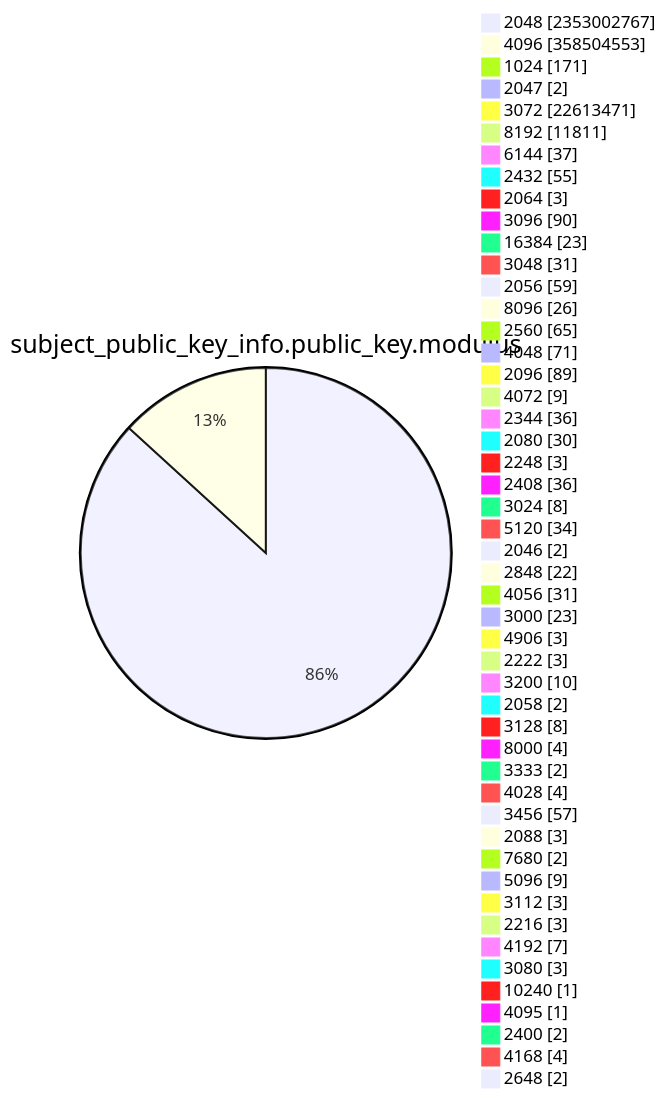
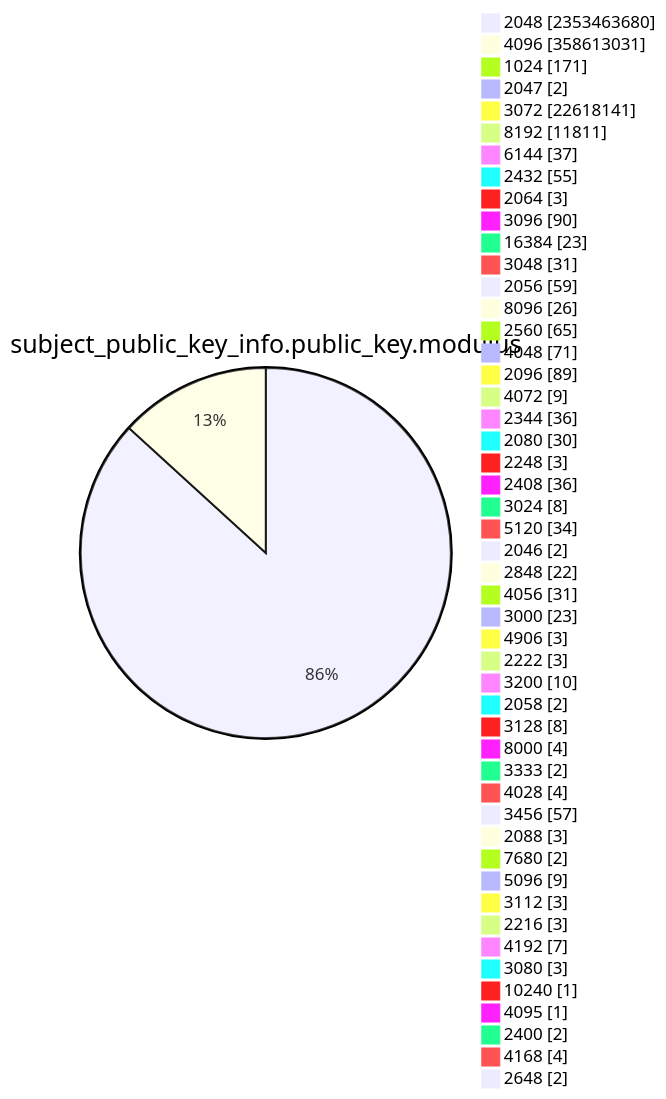
Before and after one commit to christiankrug/ctmonitor_visualization: diagram 13 of 15 in TOTAL/README.md, drawn with Mermaid. The commit also changed other lines of this file, not shown here.

````diff
--- a/TOTAL/README.md
+++ b/TOTAL/README.md
@@ -4167,53 +4167,53 @@
 ```mermaid
 pie showData
 title subject_public_key_info.public_key.modulus
-"2048" :2353002767
-"4096" :358504553
+"2048" :2353463680
+"4096" :358613031
 "1024" :171
 "2047" :2
-"3072" :22613471
+"3072" :22618141
 "8192" :11811
 "6144" :37
 "2432" :55
 "2064" :3
 "3096" :90
 "16384" :23
 "3048" :31
 "2056" :59
 "8096" :26
 "2560" :65
 "4048" :71
 "2096" :89
 "4072" :9
 "2344" :36
 "2080" :30
 "2248" :3
 "2408" :36
 "3024" :8
 "5120" :34
 "2046" :2
 "2848" :22
 "4056" :31
 "3000" :23
 "4906" :3
 "2222" :3
 "3200" :10
 "2058" :2
 "3128" :8
 "8000" :4
 "3333" :2
 "4028" :4
 "3456" :57
 "2088" :3
 "7680" :2
 "5096" :9
 "3112" :3
 "2216" :3
 "4192" :7
 "3080" :3
 "10240" :1
 "4095" :1
 "2400" :2
 "4168" :4
 "2648" :2
 ```
````
